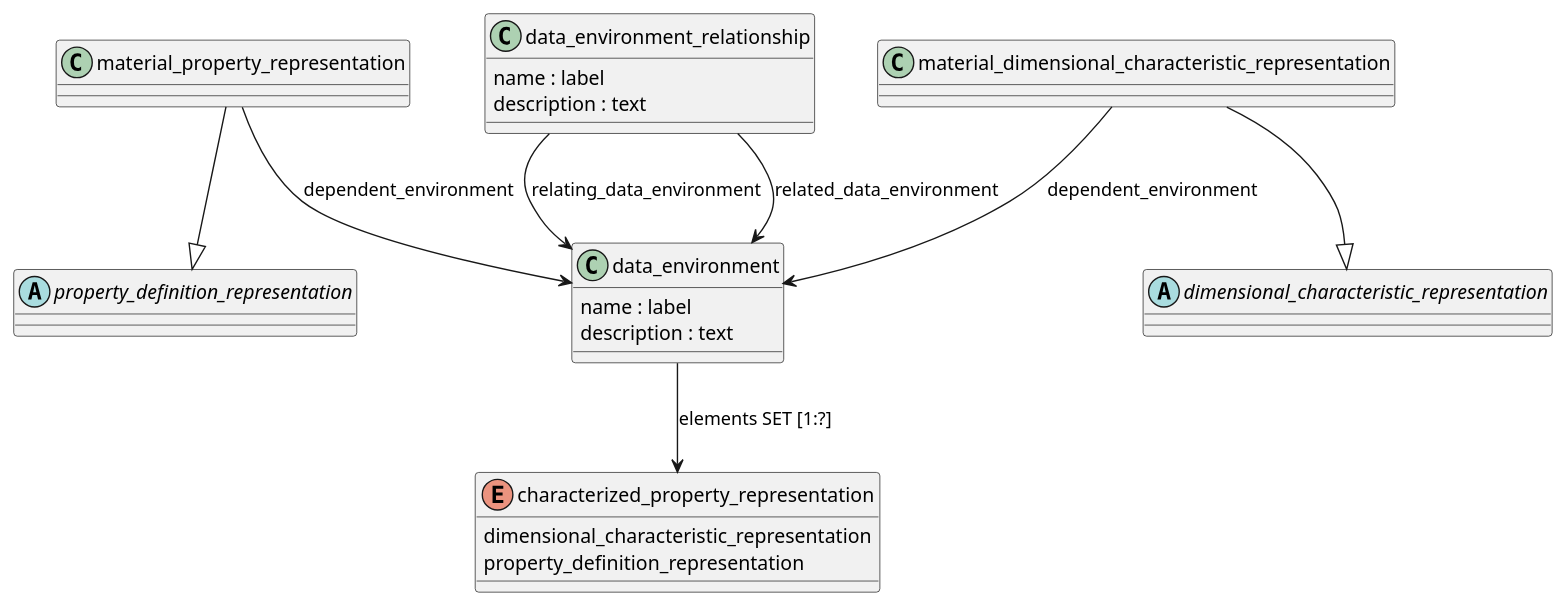
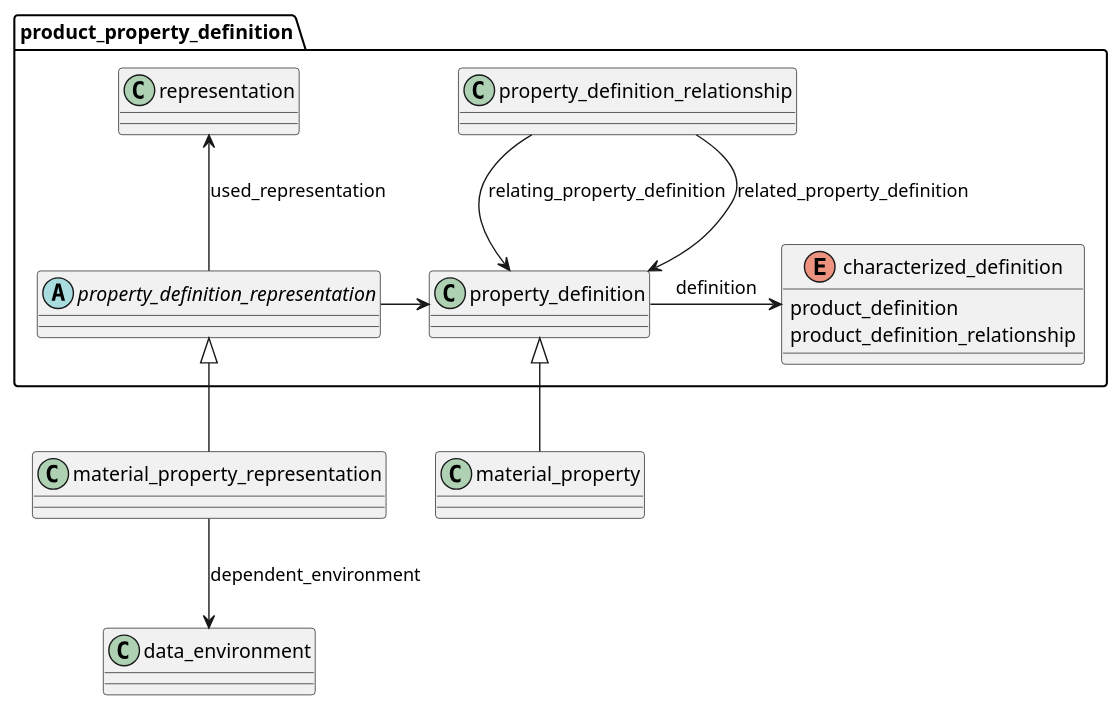
One commit to chukkaba/10303 changed the diagram in 004 Material/material_property_representation/source/material_property_representation.pu. Above: the diagram before and after it, drawn with PlantUML. The commit also changed 37 other files, not shown here.

```diff
--- a/004 Material/material_property_representation/source/material_property_representation.pu
+++ b/004 Material/material_property_representation/source/material_property_representation.pu
@@ -1,46 +1,48 @@
 @startuml
 
-class data_environment {
-  name : label
-  description : text
-}
-
-class data_environment_relationship {
-  name : label
-  description : text
-  
-}
-
-abstract class property_definition_representation {
-}
 
 class material_property_representation {
  
 }
 
-abstract class dimensional_characteristic_representation {
-}
+'abstract class dimensional_characteristic_representation {
+'}
 
-class material_dimensional_characteristic_representation {
+'class material_dimensional_characteristic_representation {
   
-}
+'}
 
-enum characterized_property_representation {
-	dimensional_characteristic_representation
-	property_definition_representation
+package product_property_definition {
+  abstract class property_definition_representation
+  class representation
+  class property_definition
+  enum characterized_definition {
+    product_definition
+    product_definition_relationship
+  }
+  class property_definition_relationship
 }
 
 ' Связи между классами
 
-data_environment_relationship --> data_environment : relating_data_environment
-data_environment_relationship --> data_environment : related_data_environment
 
-material_property_representation --|> property_definition_representation
+
+material_property_representation -up-|> property_definition_representation
 material_property_representation --> data_environment : dependent_environment
 
-material_dimensional_characteristic_representation --|> dimensional_characteristic_representation
-material_dimensional_characteristic_representation --> data_environment : dependent_environment
+property_definition_representation -up-> representation : used_representation
+property_definition_representation -right-> property_definition
 
-data_environment --> characterized_property_representation : elements SET [1:?]
+property_definition_relationship -down-> property_definition : relating_property_definition
+property_definition_relationship -down-> property_definition : related_property_definition
+
+property_definition -right-> characterized_definition : definition
+
+material_property -up-|> property_definition
+
+'material_dimensional_characteristic_representation -up-|> dimensional_characteristic_representation
+'material_dimensional_characteristic_representation --> data_environment : dependent_environment
+
+
 
 @enduml
```
